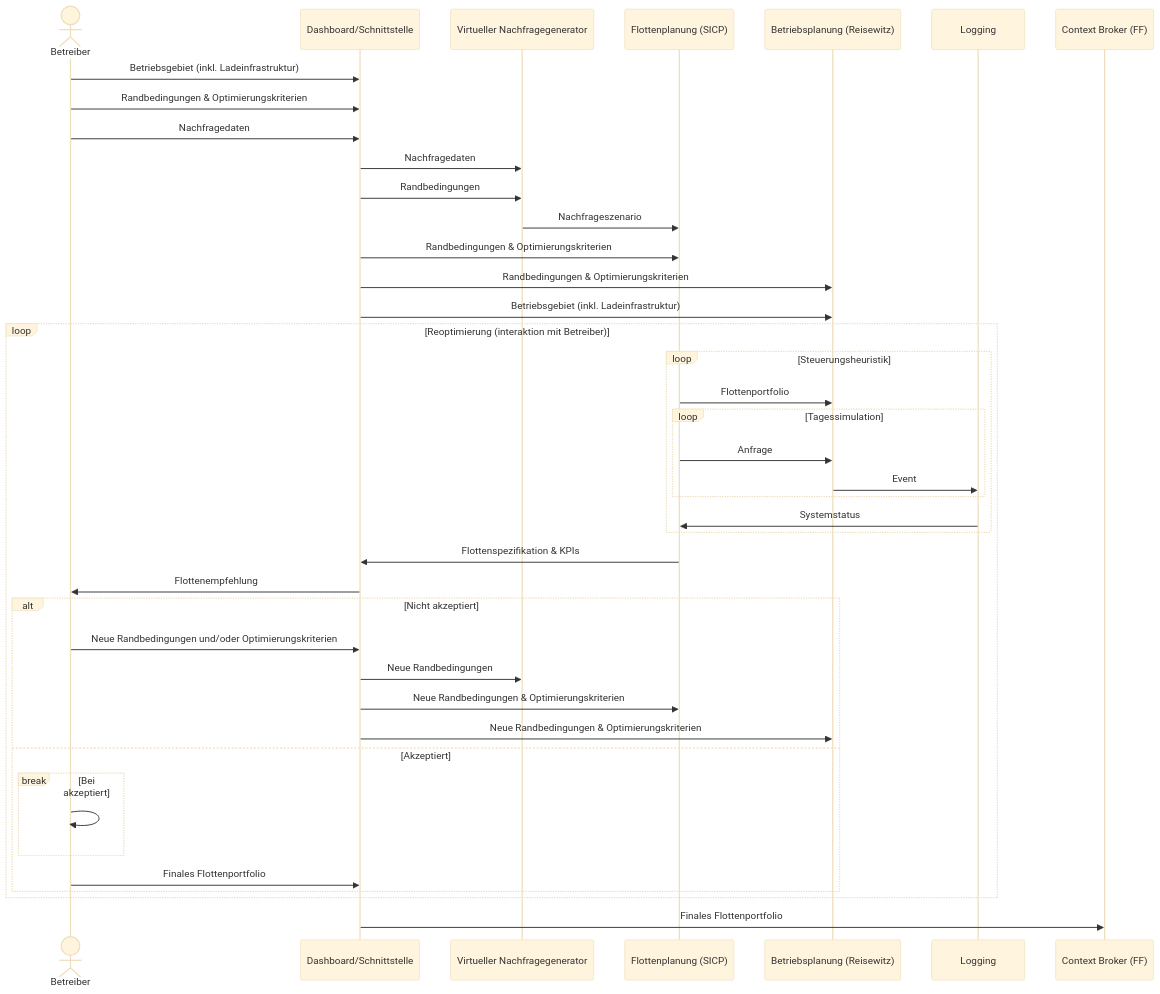
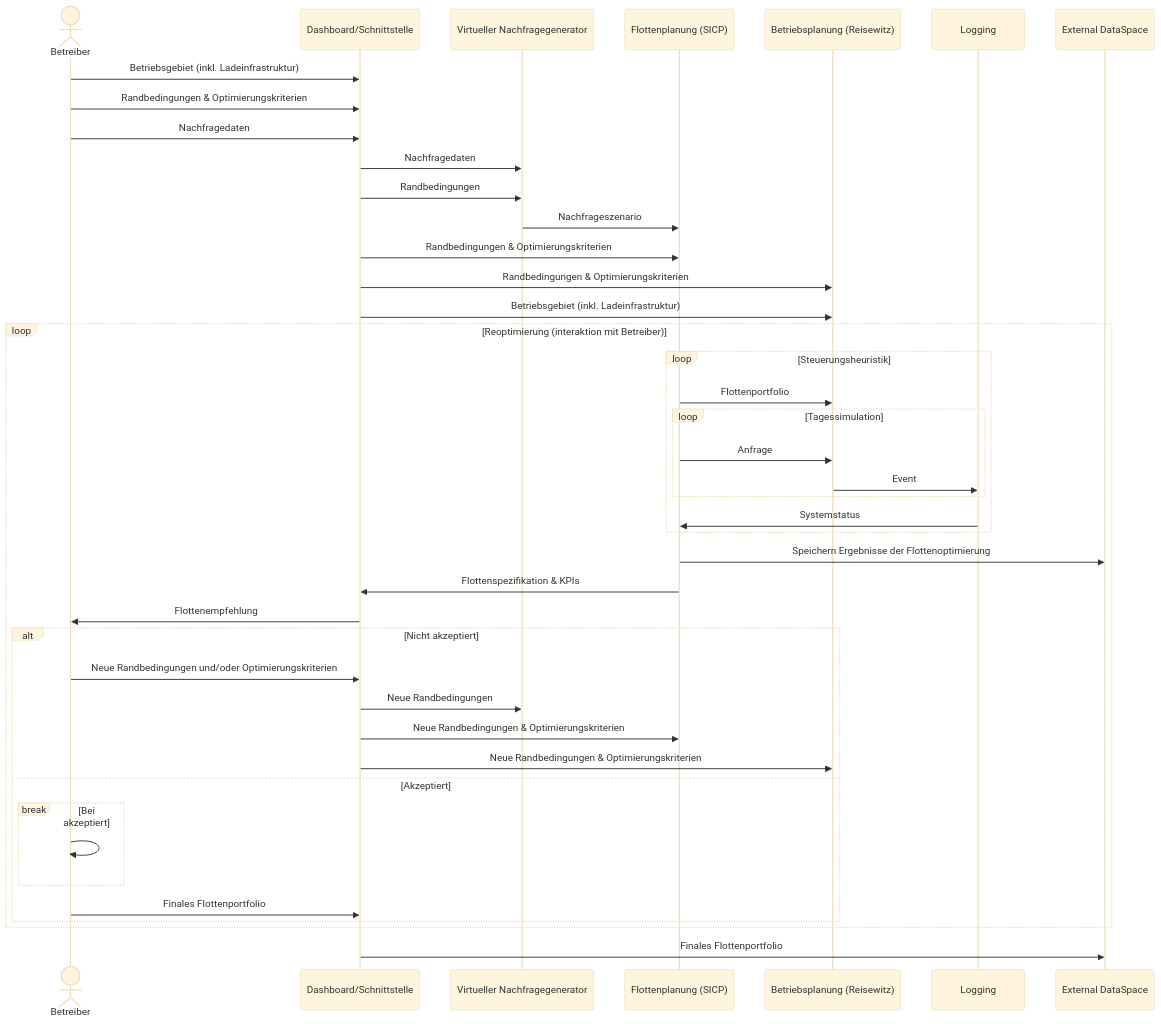
Before and after one commit to NeMo-bil/documentation: the sixth of 6 diagrams in README.md, drawn with Mermaid (base theme).

Commit message:
Update to "SICP: Flottenplanung mit Szenarien ermöglichen und durchführen"
 - Changed final data flow from Context Broker (CB) to External DataSpace (EXDS)
 - Added data flow from Flottenplanung (SICP) to External DataSpace after each iteration of the loop "Steuerungsheuristik"

````diff
--- a/README.md
+++ b/README.md
@@ -255,57 +255,57 @@
 ```mermaid
 sequenceDiagram
 %% Flottenplanung mit Szenarien ermöglichen und durchführen
 %% 
 %% auskommentieren wenn wir Details zur Kommunikation aufschreiben
 %% autonumber
 %% Benutzer definieren
 actor BT as Betreiber
 %% technische Teilnehmer/Componenten definieren
-%% participant EXDS as External DataSpace
 participant DB as Dashboard/Schnittstelle
 participant VDG as Virtueller Nachfragegenerator
 participant SICP as Flottenplanung (SICP)
 participant RW as Betriebsplanung (Reisewitz)
 participant LOG as Logging
-participant CB as Context Broker (FF)
+%%participant CB as Context Broker (FF)
+participant EXDS as External DataSpace
 
 
 BT->>DB: Betriebsgebiet (inkl. Ladeinfrastruktur)
 BT->>DB: Randbedingungen & Optimierungskriterien
 BT->>DB: Nachfragedaten
 DB->>VDG: Nachfragedaten
 DB->>VDG: Randbedingungen
 VDG->>SICP: Nachfrageszenario
 DB->>SICP: Randbedingungen & Optimierungskriterien
 DB->>RW: Randbedingungen & Optimierungskriterien
 DB->>RW: Betriebsgebiet (inkl. Ladeinfrastruktur)
 
 
 loop Reoptimierung (interaktion mit Betreiber)
     loop Steuerungsheuristik
         SICP->>RW: Flottenportfolio
         loop Tagessimulation
             SICP->>RW: Anfrage
             RW->>LOG: Event
         end
         LOG->>SICP: Systemstatus
 
     end
- 
+    SICP->>EXDS: Speichern Ergebnisse der Flottenoptimierung
     SICP->>DB: Flottenspezifikation & KPIs
 
     DB->>BT: Flottenempfehlung
     alt Nicht akzeptiert
         BT->>DB: Neue Randbedingungen und/oder Optimierungskriterien
         DB->>VDG: Neue Randbedingungen
         DB->>SICP: Neue Randbedingungen & Optimierungskriterien
         DB->>RW: Neue Randbedingungen & Optimierungskriterien
     else Akzeptiert
         break Bei akzeptiert
             BT->>BT: 
         end
         BT->>DB: Finales Flottenportfolio
     end
 end
-DB->>CB: Finales Flottenportfolio
+DB->>EXDS: Finales Flottenportfolio
 ```
````
